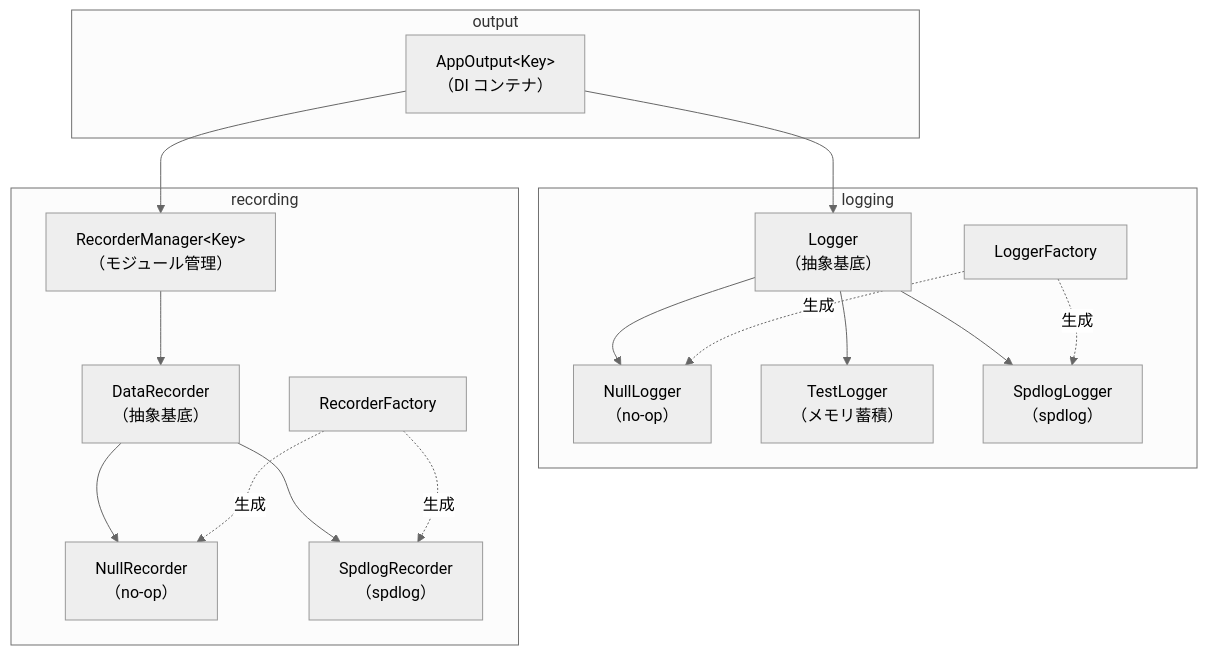
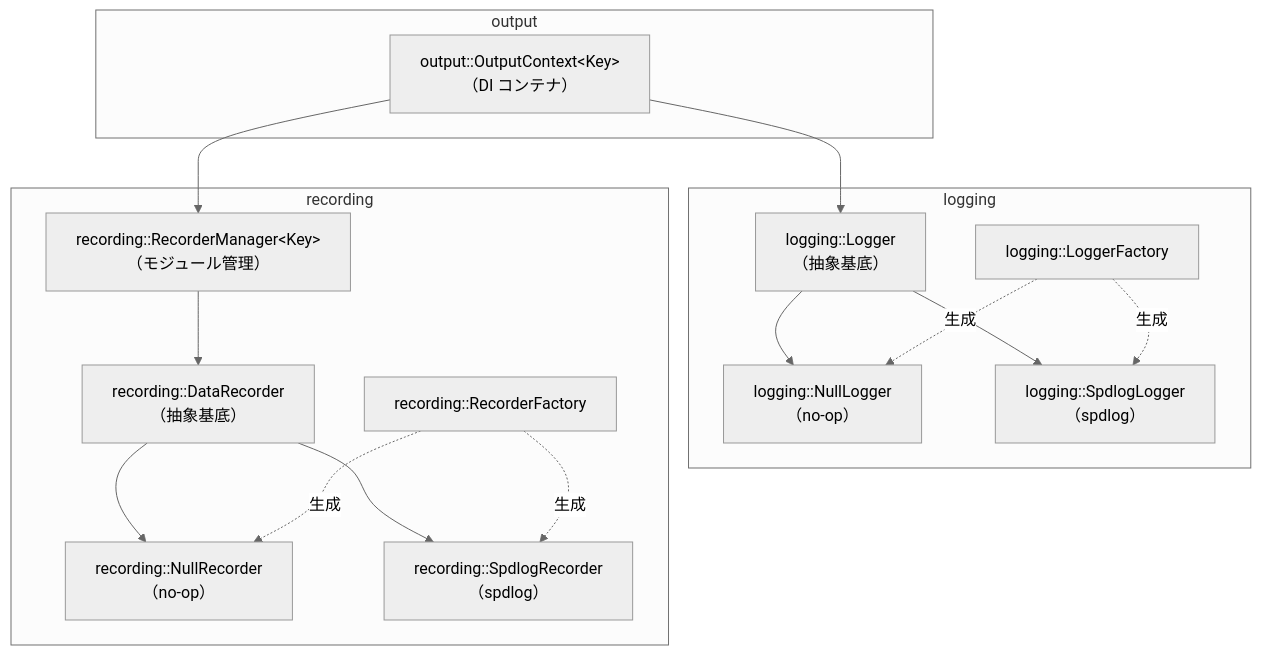
One commit to mkiyooka/template_cli_cpp changed the diagram in docs/output-system.md. Above: the diagram before and after it, drawn with Mermaid (neutral theme). The commit also changed other lines of this file and 26 other files, not shown here.

````diff
--- a/docs/output-system.md
+++ b/docs/output-system.md
@@ -133,35 +144,33 @@
 ```mermaid
 graph TD
     subgraph logging
-        L["Logger\n（抽象基底）"]
-        NL["NullLogger\n（no-op）"]
-        TL["TestLogger\n（メモリ蓄積）"]
-        SL["SpdlogLogger\n（spdlog）"]
-        LF["LoggerFactory"]
+        L["logging::Logger\n（抽象基底）"]
+        NL["logging::NullLogger\n（no-op）"]
+        SL["logging::SpdlogLogger\n（spdlog）"]
+        LF["logging::LoggerFactory"]
         L --> NL
-        L --> TL
         L --> SL
         LF -.生成.-> SL
         LF -.生成.-> NL
     end
 
     subgraph recording
-        DR["DataRecorder\n（抽象基底）"]
-        NR["NullRecorder\n（no-op）"]
-        SR["SpdlogRecorder\n（spdlog）"]
-        RM["RecorderManager&lt;Key&gt;\n（モジュール管理）"]
-        RF["RecorderFactory"]
+        DR["recording::DataRecorder\n（抽象基底）"]
+        NR["recording::NullRecorder\n（no-op）"]
+        SR["recording::SpdlogRecorder\n（spdlog）"]
+        RM["recording::RecorderManager&lt;Key&gt;\n（モジュール管理）"]
+        RF["recording::RecorderFactory"]
         DR --> NR
         DR --> SR
         RM --> DR
         RF -.生成.-> SR
         RF -.生成.-> NR
     end
 
     subgraph output
-        AO["AppOutput&lt;Key&gt;\n（DI コンテナ）"]
+        OC["output::OutputContext&lt;Key&gt;\n（DI コンテナ）"]
     end
 
-    AO --> L
-    AO --> RM
+    OC --> L
+    OC --> RM
 ```
````
